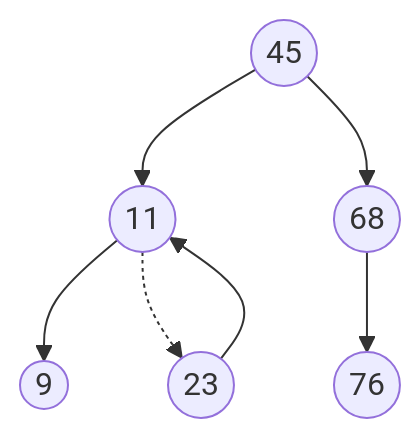
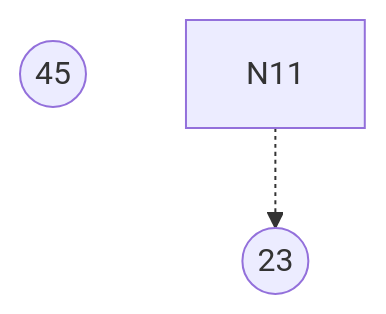
One commit to dmjcb/SelfBlog changed diagram 12 of 13 in DataStructures/Tree/BinaryTree/2019-02-13-二叉排序树.md. Above: the diagram before and after it, drawn with Mermaid. The commit also changed other lines of this file and 224 other files, not shown here.

````diff
--- a/DataStructures/Tree/BinaryTree/2019-02-13-二叉排序树.md
+++ b/DataStructures/Tree/BinaryTree/2019-02-13-二叉排序树.md
@@ -265,11 +212,6 @@
 ```mermaid
 graph TB
     N45((45))
-        N45-->N11((11))
-            N11-->N9((9))
             N11-.->N23((23))
     
-        N45-->N68((68))
-            N68-->N76((76))
-    N23-->N11
 ```
````
